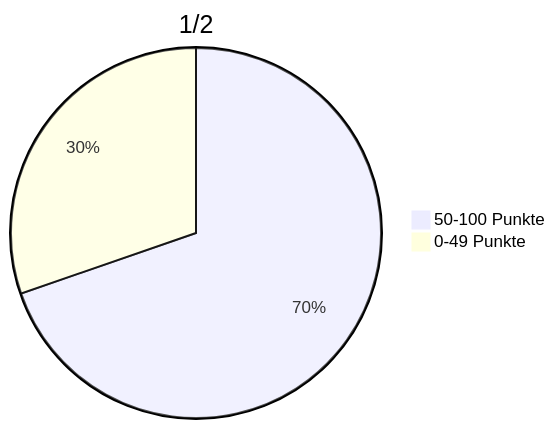
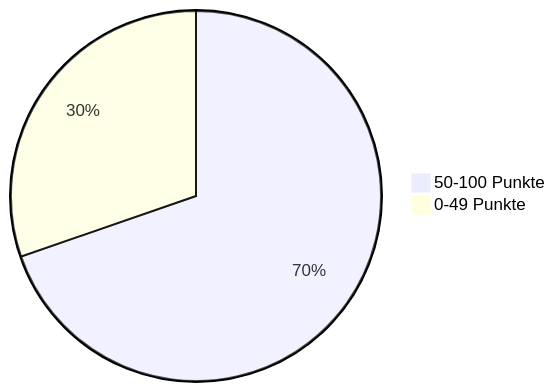
One commit to jappuccini/java-docs changed the seventh of 16 diagrams in docs/additional-material/daniel-java1/exam-results.md. Above: the diagram before and after it, drawn with Mermaid. The commit also changed other lines of this file and 76 other files, not shown here.

Commit message:
uml fixes (colons, properties), headline fixes (italic) and exam result updates

````diff
--- a/docs/additional-material/daniel-java1/exam-results.md
+++ b/docs/additional-material/daniel-java1/exam-results.md
@@ -32,5 +93,5 @@
 ```mermaid
-pie title 1/2
+pie
     "50-100 Punkte" : 23
     "0-49 Punkte" : 10
 ```
````
